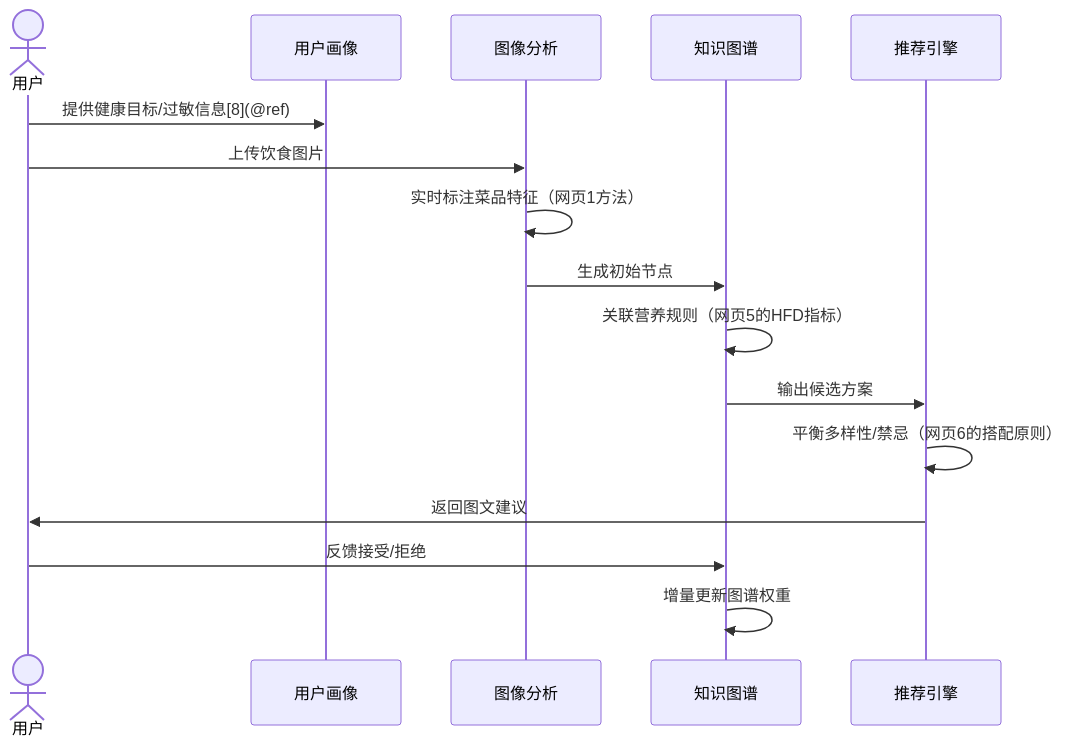
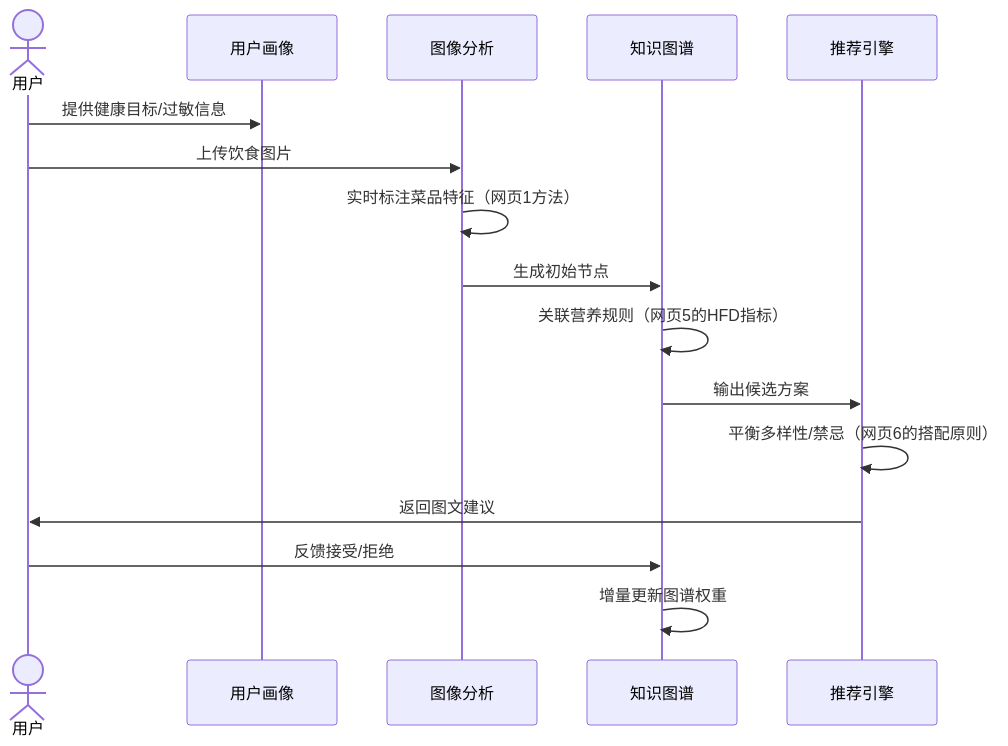
One commit to funnyData/iodraw-files changed the diagram in all/未命名-1.md. Above: the diagram before and after it, drawn with Mermaid.

Commit message:
2025-03-19 16:27:41 update

````diff
--- a/all/未命名-1.md
+++ b/all/未命名-1.md
@@ -1,20 +1,20 @@
 ```mermaid
 %% 数据流图（基于网页1/2/5的时序图语法优化）
 sequenceDiagram
     actor User as 用户
     participant UP as 用户画像
     participant IA as 图像分析
     participant KG as 知识图谱
     participant RM as 推荐引擎
 
-    User->>UP: 提供健康目标/过敏信息[8](@ref)
+    User->>UP: 提供健康目标/过敏信息
     User->>IA: 上传饮食图片
     IA->>IA: 实时标注菜品特征（网页1方法）
     IA->>KG: 生成初始节点
     KG->>KG: 关联营养规则（网页5的HFD指标）
     KG->>RM: 输出候选方案
     RM->>RM: 平衡多样性/禁忌（网页6的搭配原则）
     RM->>User: 返回图文建议
     User->>KG: 反馈接受/拒绝
     KG->>KG: 增量更新图谱权重
 ```
````
